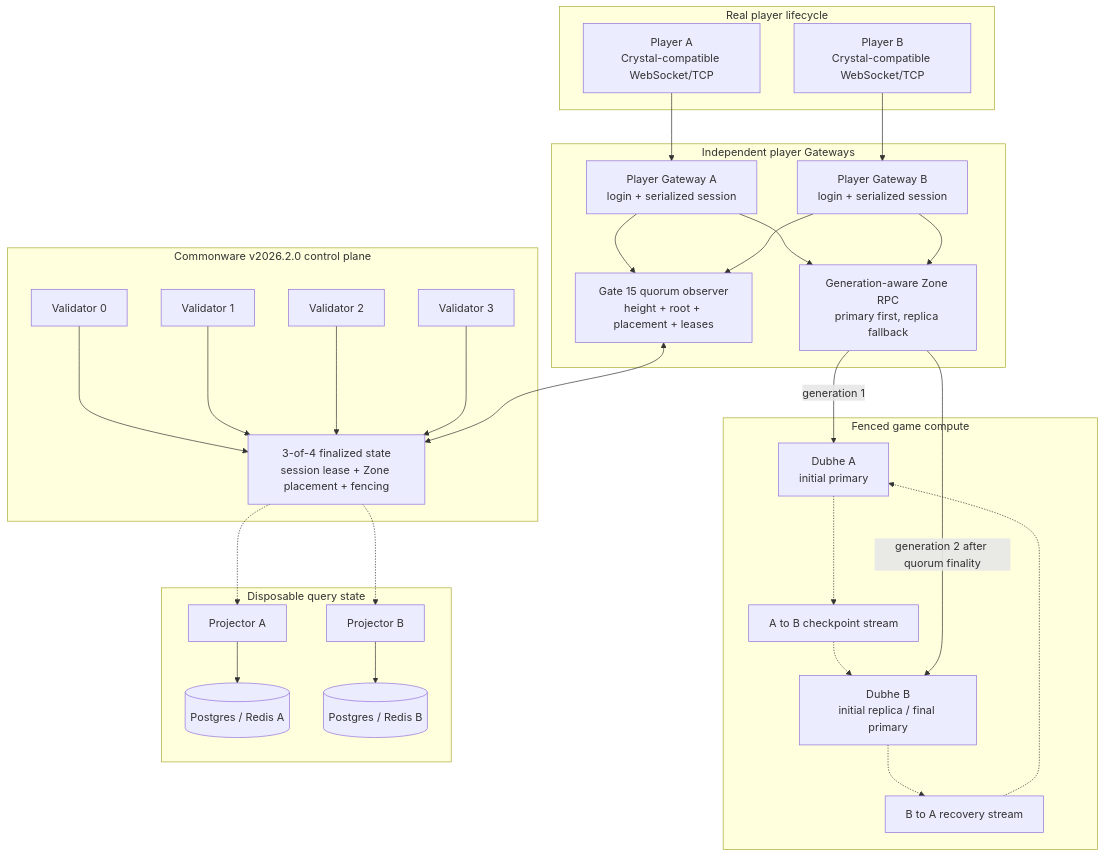
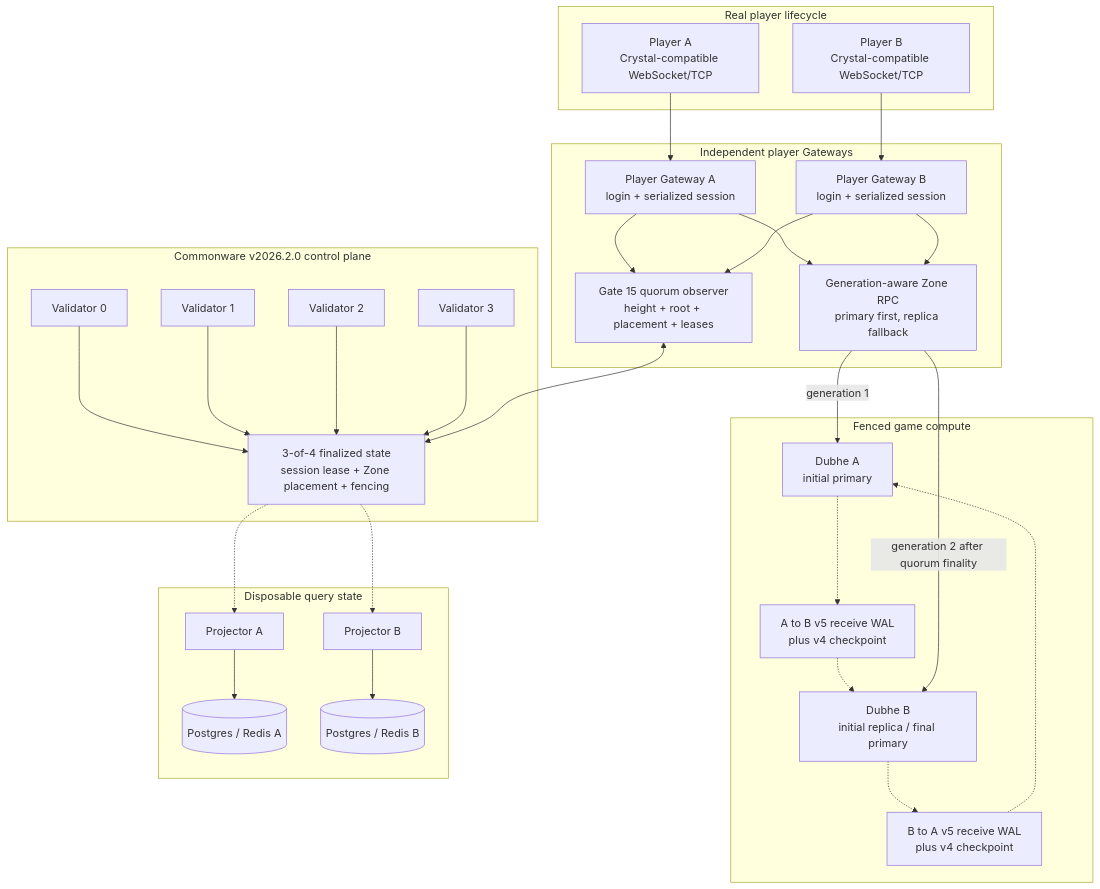
One commit to Zombieliu/mir2 changed the diagram in mir2-web3/docs/GATE15-REAL-PLAYER-FAILOVER.md. Above: the diagram before and after it, drawn with Mermaid. The commit also changed other lines of this file and 13 other files, not shown here.

````diff
--- a/mir2-web3/docs/GATE15-REAL-PLAYER-FAILOVER.md
+++ b/mir2-web3/docs/GATE15-REAL-PLAYER-FAILOVER.md
@@ -36,56 +36,56 @@
 ```mermaid
 flowchart TB
   subgraph Players["Real player lifecycle"]
     P1["Player A<br/>Crystal-compatible WebSocket/TCP"]
     P2["Player B<br/>Crystal-compatible WebSocket/TCP"]
   end
 
   subgraph Edge["Independent player Gateways"]
     G1["Player Gateway A<br/>login + serialized session"]
     G2["Player Gateway B<br/>login + serialized session"]
     OBS["Gate 15 quorum observer<br/>height + root + placement + leases"]
     RPC["Generation-aware Zone RPC<br/>primary first, replica fallback"]
     G1 --> OBS
     G2 --> OBS
     G1 --> RPC
     G2 --> RPC
   end
 
   subgraph Commonware["Commonware v2026.2.0 control plane"]
     V0["Validator 0"]
     V1["Validator 1"]
     V2["Validator 2"]
     V3["Validator 3"]
     FINAL["3-of-4 finalized state<br/>session lease + Zone placement + fencing"]
     V0 --> FINAL
     V1 --> FINAL
     V2 --> FINAL
     V3 --> FINAL
   end
 
   subgraph Zone["Fenced game compute"]
     ZA["Dubhe A<br/>initial primary"]
     ZB["Dubhe B<br/>initial replica / final primary"]
-    CP1["A to B checkpoint stream"]
-    CP2["B to A recovery stream"]
+    CP1["A to B v5 receive WAL<br/>plus v4 checkpoint"]
+    CP2["B to A v5 receive WAL<br/>plus v4 checkpoint"]
     ZA -.-> CP1 -.-> ZB
     ZB -.-> CP2 -.-> ZA
   end
 
   subgraph Projection["Disposable query state"]
     PR1["Projector A"]
     PR2["Projector B"]
     DB1[("Postgres / Redis A")]
     DB2[("Postgres / Redis B")]
     PR1 --> DB1
     PR2 --> DB2
   end
 
   P1 --> G1
   P2 --> G2
   OBS <--> FINAL
   RPC -->|"generation 1"| ZA
   RPC -->|"generation 2 after quorum finality"| ZB
   FINAL -.-> PR1
   FINAL -.-> PR2
 ```
````
